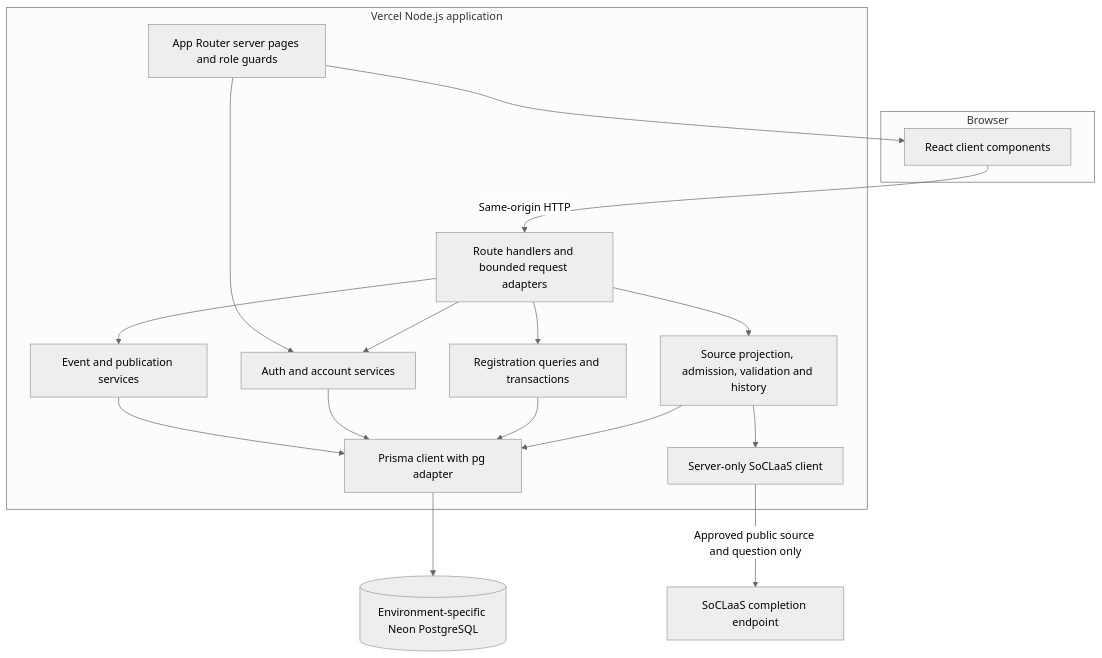
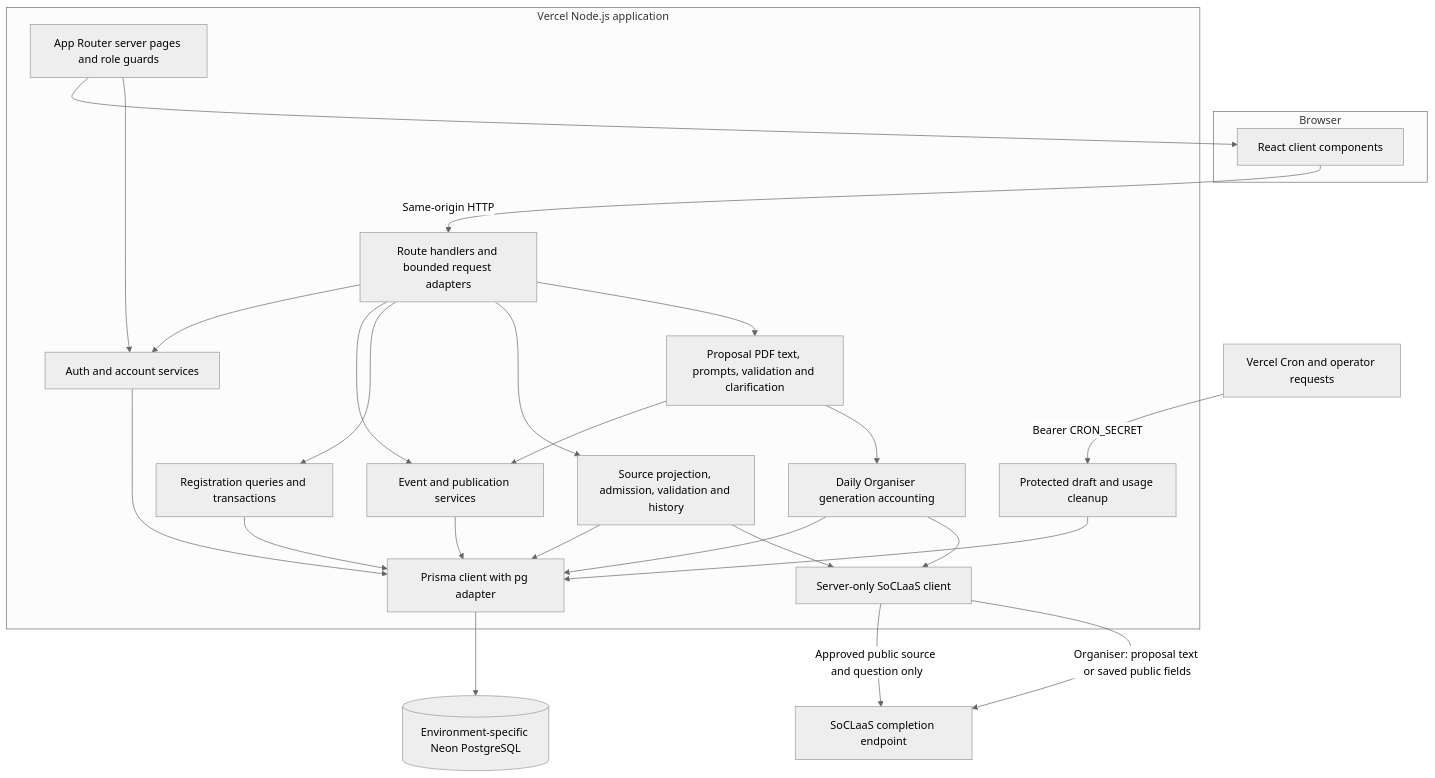
Before and after one commit to CS3227-2610-MP3-TurnUp/CS3227-2610-MP3: the first of 5 diagrams in docs/DeveloperGuide.md, drawn with Mermaid (neutral theme). The commit also changed other lines of this file and 6 other files, not shown here.

````diff
--- a/docs/DeveloperGuide.md
+++ b/docs/DeveloperGuide.md
@@ -132,32 +160,44 @@
 ```mermaid
 flowchart TB
   subgraph Browser[Browser]
     UI[React client components]
   end
   subgraph Vercel[Vercel Node.js application]
     Pages[App Router server pages and role guards]
     HTTP[Route handlers and bounded request adapters]
     Auth[Auth and account services]
     Events[Event and publication services]
     Registration[Registration queries and transactions]
     Assistant[Source projection, admission, validation and history]
+    Proposal[Proposal PDF text, prompts, validation and clarification]
+    Generation[Daily Organiser generation accounting]
+    Retention[Protected draft and usage cleanup]
     Client[Server-only SoCLaaS client]
     Prisma[Prisma client with pg adapter]
   end
+  Cron[Vercel Cron and operator requests]
   DB[(Environment-specific Neon PostgreSQL)]
   LLM[SoCLaaS completion endpoint]
   Pages --> UI
   UI -->|Same-origin HTTP| HTTP
   Pages --> Auth
   HTTP --> Auth
   HTTP --> Events
   HTTP --> Registration
   HTTP --> Assistant
+  HTTP --> Proposal
+  Proposal --> Events
+  Proposal --> Generation
+  Cron -->|Bearer CRON_SECRET| Retention
   Events --> Prisma
   Auth --> Prisma
   Registration --> Prisma
   Assistant --> Prisma
+  Generation --> Prisma
+  Retention --> Prisma
   Assistant --> Client
+  Generation --> Client
   Prisma --> DB
   Client -->|Approved public source and question only| LLM
+  Client -->|Organiser: proposal text or saved public fields| LLM
 ```
````
